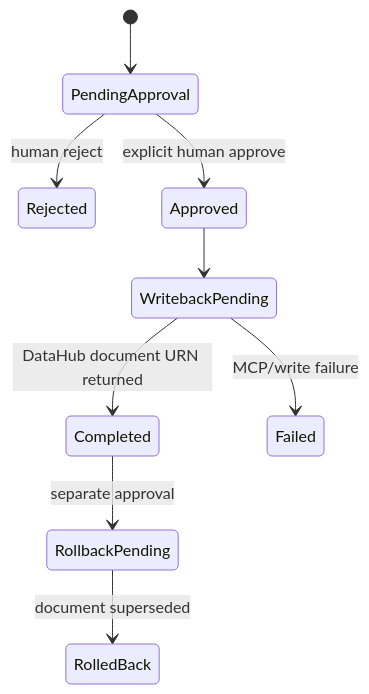
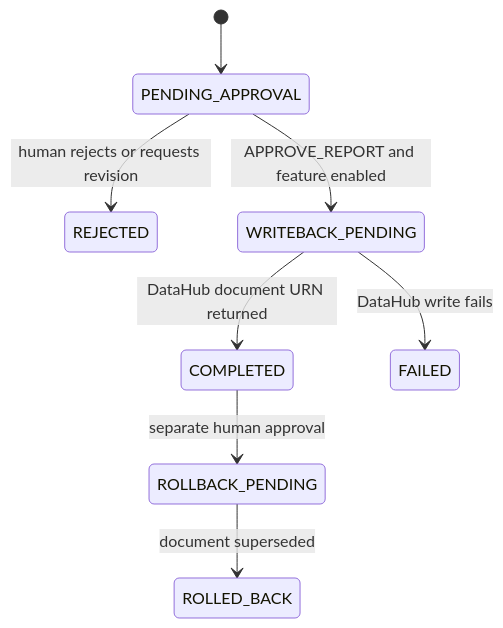
One commit to omarfh111/LineageGuard-AI changed the third of 3 diagrams in README.md. Above: the diagram before and after it, drawn with Mermaid. The commit also changed other lines of this file and 15 other files, not shown here.

````diff
--- a/README.md
+++ b/README.md
@@ -140,11 +78,10 @@
 ```mermaid
 stateDiagram-v2
-    [*] --> PendingApproval
-    PendingApproval --> Rejected: human reject
-    PendingApproval --> Approved: explicit human approve
-    Approved --> WritebackPending
-    WritebackPending --> Completed: DataHub document URN returned
-    WritebackPending --> Failed: MCP/write failure
-    Completed --> RollbackPending: separate approval
-    RollbackPending --> RolledBack: document superseded
+    [*] --> PENDING_APPROVAL
+    PENDING_APPROVAL --> REJECTED: human rejects or requests revision
+    PENDING_APPROVAL --> WRITEBACK_PENDING: APPROVE_REPORT and feature enabled
+    WRITEBACK_PENDING --> COMPLETED: DataHub document URN returned
+    WRITEBACK_PENDING --> FAILED: DataHub write fails
+    COMPLETED --> ROLLBACK_PENDING: separate human approval
+    ROLLBACK_PENDING --> ROLLED_BACK: document superseded
 ```
````
